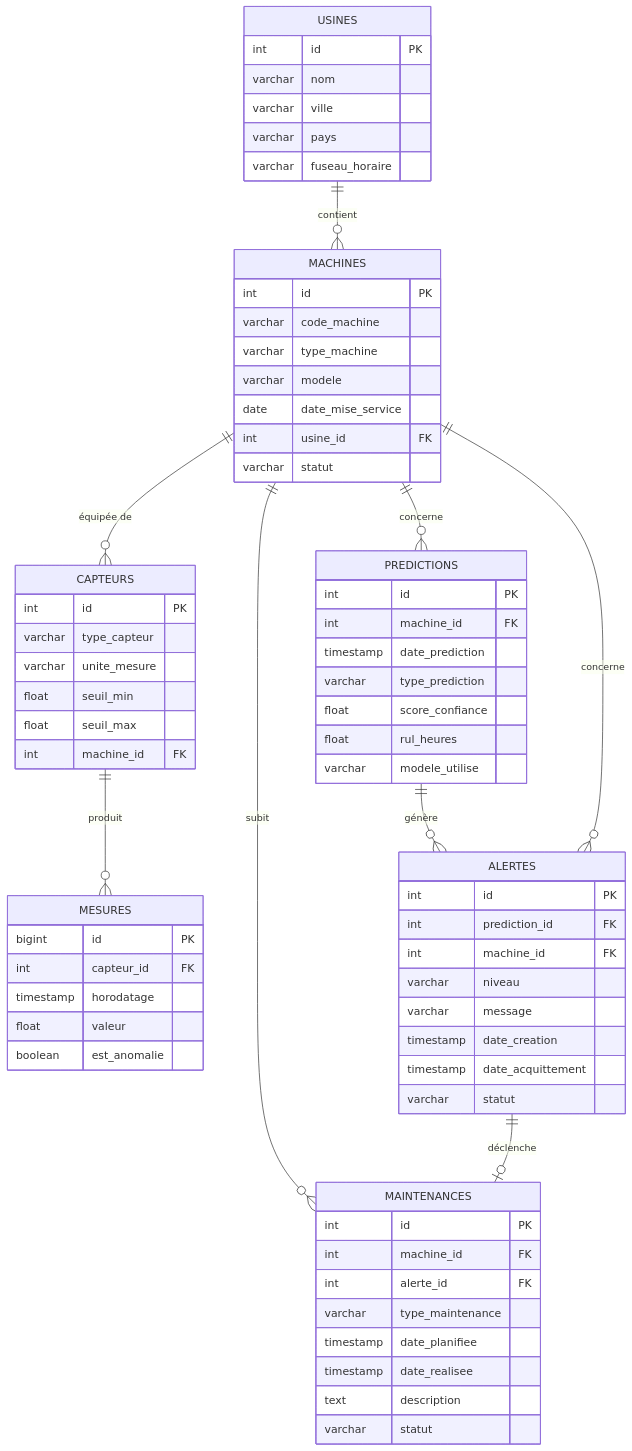
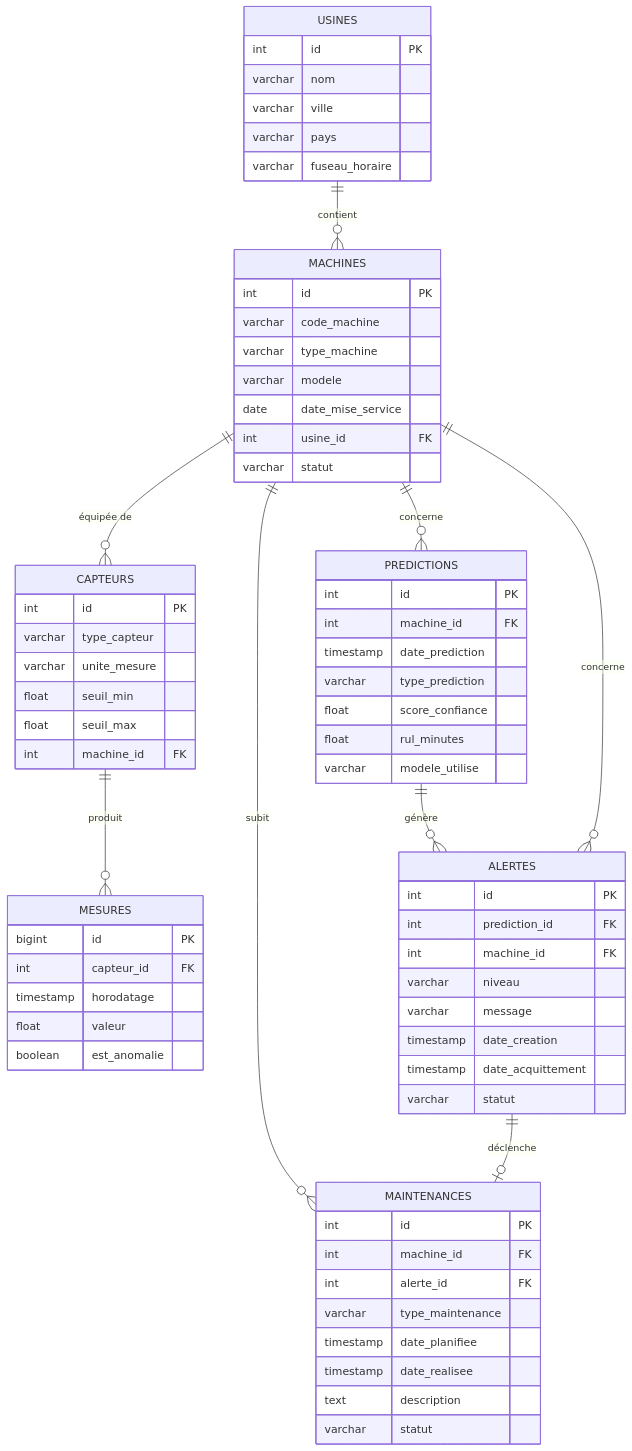
One commit to HASHT85/MSPR2-MECHA changed the second of 6 diagrams in docs/architecture.md. Above: the diagram before and after it, drawn with Mermaid. The commit also changed other lines of this file and 34 other files, not shown here.

````diff
--- a/docs/architecture.md
+++ b/docs/architecture.md
@@ -155,78 +157,78 @@
 ```mermaid
 erDiagram
     USINES {
         int id PK
         varchar nom
         varchar ville
         varchar pays
         varchar fuseau_horaire
     }
     
     MACHINES {
         int id PK
         varchar code_machine
         varchar type_machine
         varchar modele
         date date_mise_service
         int usine_id FK
         varchar statut
     }
     
     CAPTEURS {
         int id PK
         varchar type_capteur
         varchar unite_mesure
         float seuil_min
         float seuil_max
         int machine_id FK
     }
     
     MESURES {
         bigint id PK
         int capteur_id FK
         timestamp horodatage
         float valeur
         boolean est_anomalie
     }
     
     PREDICTIONS {
         int id PK
         int machine_id FK
         timestamp date_prediction
         varchar type_prediction
         float score_confiance
-        float rul_heures
+        float rul_minutes
         varchar modele_utilise
     }
     
     ALERTES {
         int id PK
         int prediction_id FK
         int machine_id FK
         varchar niveau
         varchar message
         timestamp date_creation
         timestamp date_acquittement
         varchar statut
     }
     
     MAINTENANCES {
         int id PK
         int machine_id FK
         int alerte_id FK
         varchar type_maintenance
         timestamp date_planifiee
         timestamp date_realisee
         text description
         varchar statut
     }
 
     USINES ||--o{ MACHINES : "contient"
     MACHINES ||--o{ CAPTEURS : "équipée de"
     CAPTEURS ||--o{ MESURES : "produit"
     MACHINES ||--o{ PREDICTIONS : "concerne"
     PREDICTIONS ||--o{ ALERTES : "génère"
     MACHINES ||--o{ ALERTES : "concerne"
     MACHINES ||--o{ MAINTENANCES : "subit"
     ALERTES ||--o| MAINTENANCES : "déclenche"
 ```
````
